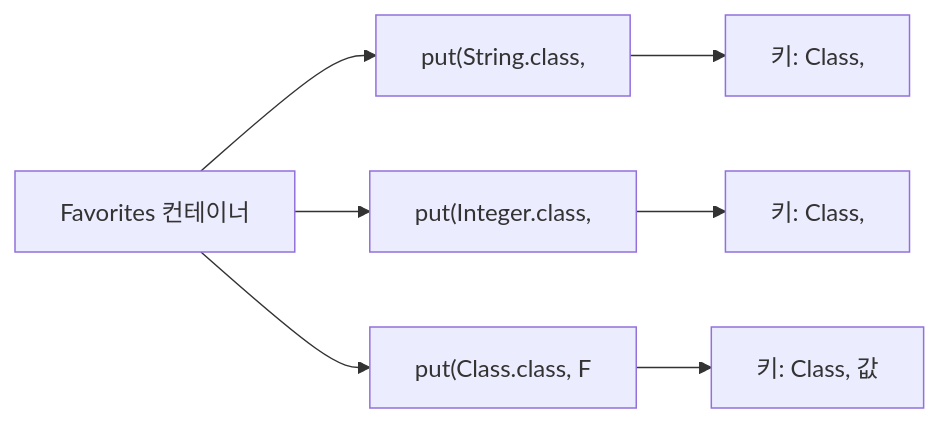
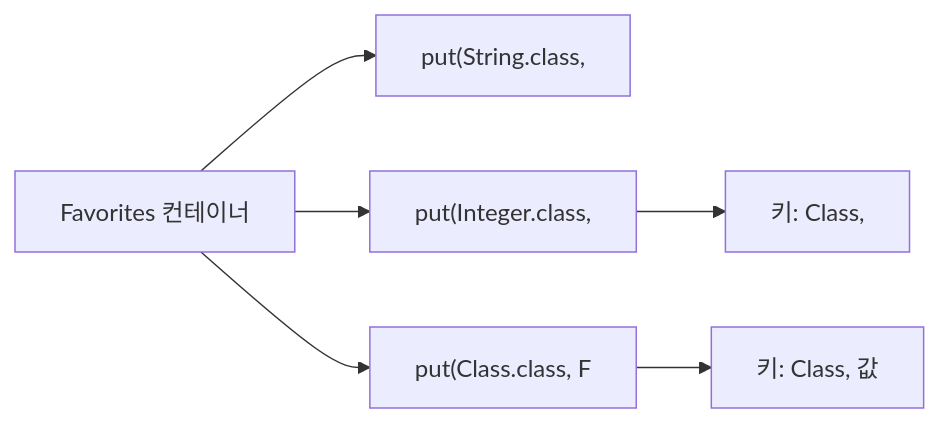
One commit to yjkim2015/yjkim2015.github.io changed the fourth of 6 diagrams in _posts/effective_java/2026-05-03-effective-java-generics-enums.md. Above: the diagram before and after it, drawn with Mermaid. The commit also changed other lines of this file and 149 other files, not shown here.

First line of the commit message:
Mermaid 가독성 개선: 라벨 축약, 노드 축소, TD→LR 변환

````diff
--- a/_posts/effective_java/2026-05-03-effective-java-generics-enums.md
+++ b/_posts/effective_java/2026-05-03-effective-java-generics-enums.md
@@ -235,9 +234,8 @@
 ```mermaid
 flowchart LR
     A["Favorites 컨테이너"] --> B["put(String.class,"]
     A --> C["put(Integer.class,"]
     A --> D["put(Class.class, F"]
-    B --> E["키: Class<String>,"]
     C --> F["키: Class<Integer>,"]
     D --> G["키: Class<Class>, 값"]
 ```
````
